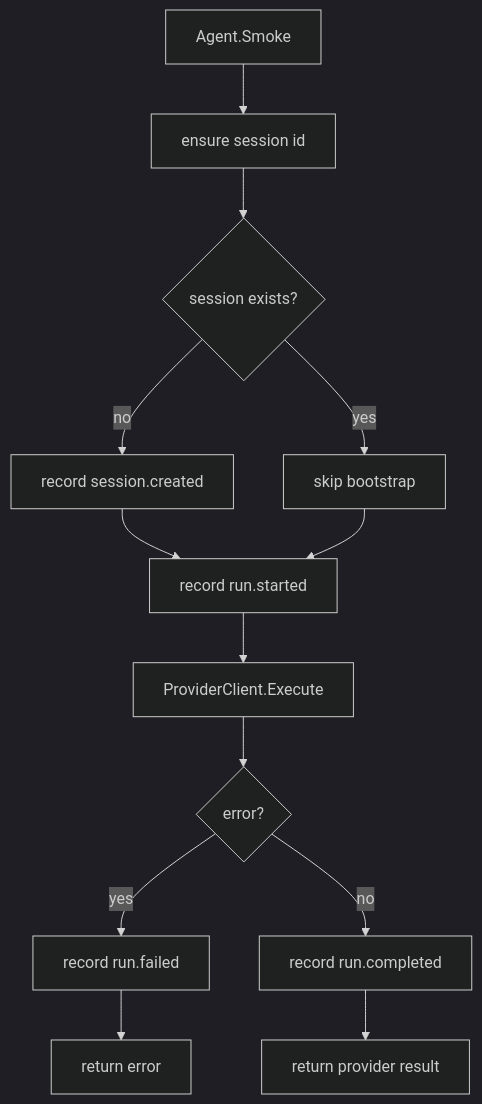
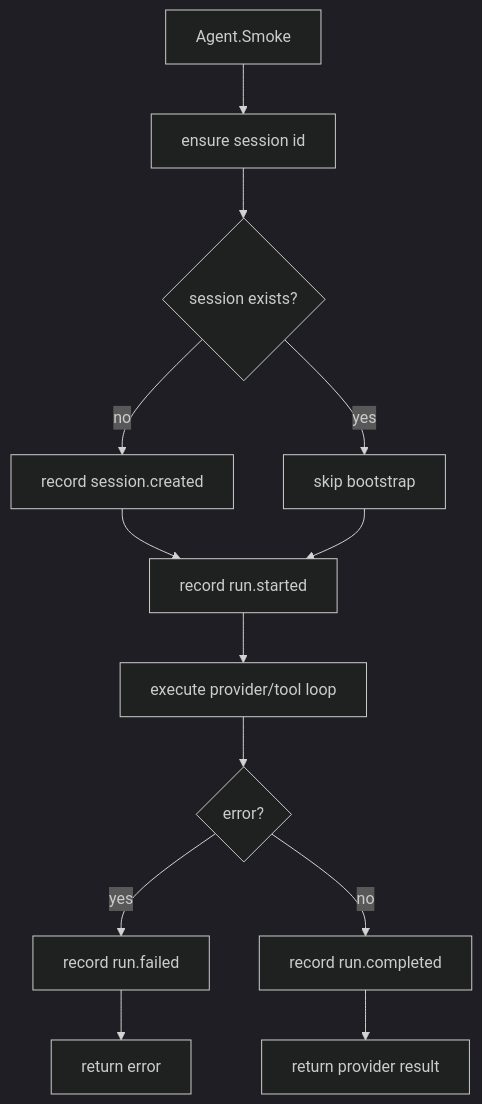
One commit to galiakhmetovc/scaling-lamp changed the sixth of 8 diagrams in docs/clean-room-current-system-detailed.md. Above: the diagram before and after it, drawn with Mermaid (dark theme). The commit also changed other lines of this file and 41 other files, not shown here.

````diff
--- a/docs/clean-room-current-system-detailed.md
+++ b/docs/clean-room-current-system-detailed.md
@@ -731,15 +732,15 @@
 ```mermaid
 flowchart TD
     A[Agent.Smoke] --> B[ensure session id]
     B --> C{session exists?}
     C -- no --> D[record session.created]
     C -- yes --> E[skip bootstrap]
     D --> F[record run.started]
     E --> F
-    F --> G[ProviderClient.Execute]
+    F --> G[execute provider/tool loop]
     G --> H{error?}
     H -- yes --> I[record run.failed]
     H -- no --> J[record run.completed]
     I --> K[return error]
     J --> L[return provider result]
 ```
````
